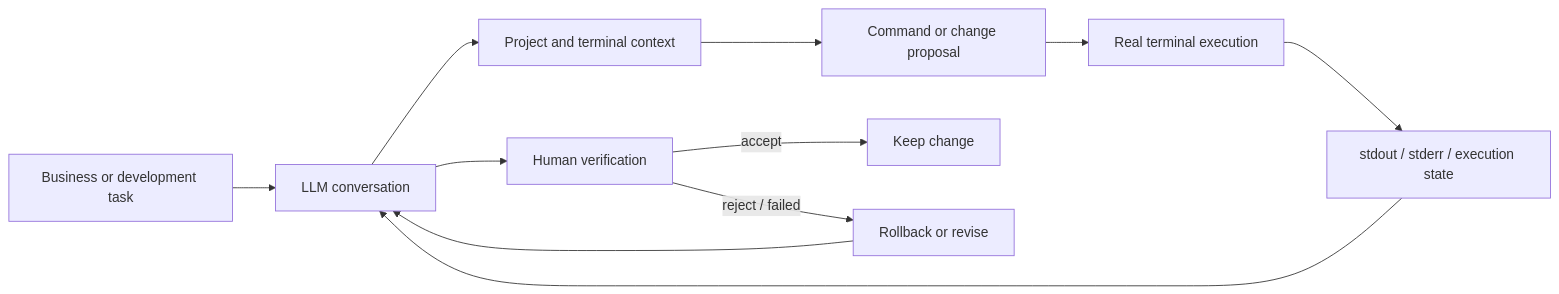
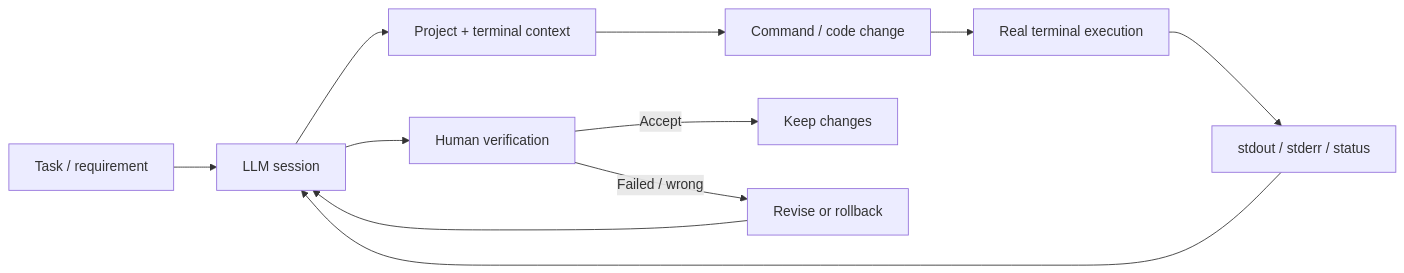
Before and after one commit to kat151599/AI_Development_Workbench: the diagram in README.en.md, drawn with Mermaid. The commit also changed other lines of this file, not shown here.

````diff
--- a/README.en.md
+++ b/README.en.md
@@ -36,13 +59,13 @@
 ```mermaid
 flowchart LR
-    A[Business or development task] --> B[LLM conversation]
-    B --> C[Project and terminal context]
-    C --> D[Command or change proposal]
+    A[Task / requirement] --> B[LLM session]
+    B --> C[Project + terminal context]
+    C --> D[Command / code change]
     D --> E[Real terminal execution]
-    E --> F[stdout / stderr / execution state]
+    E --> F[stdout / stderr / status]
     F --> B
     B --> G[Human verification]
-    G -->|accept| H[Keep change]
-    G -->|reject / failed| I[Rollback or revise]
+    G -->|Accept| H[Keep changes]
+    G -->|Failed / wrong| I[Revise or rollback]
     I --> B
 ```
````
